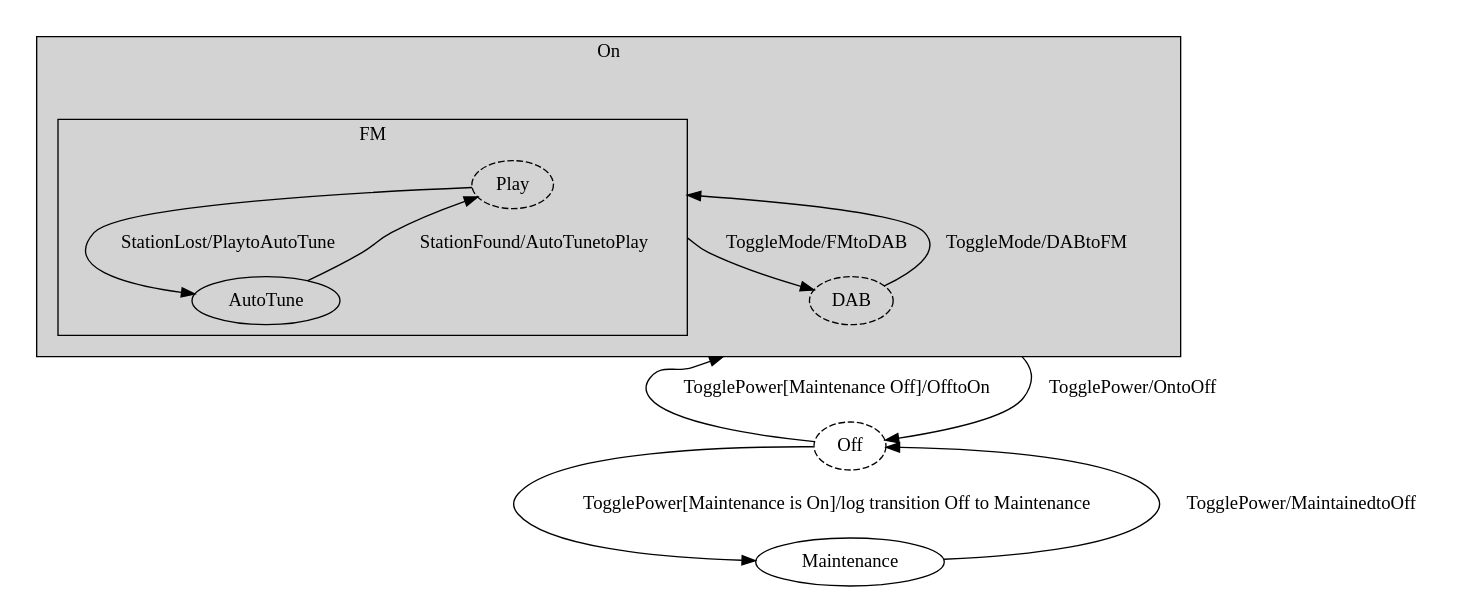
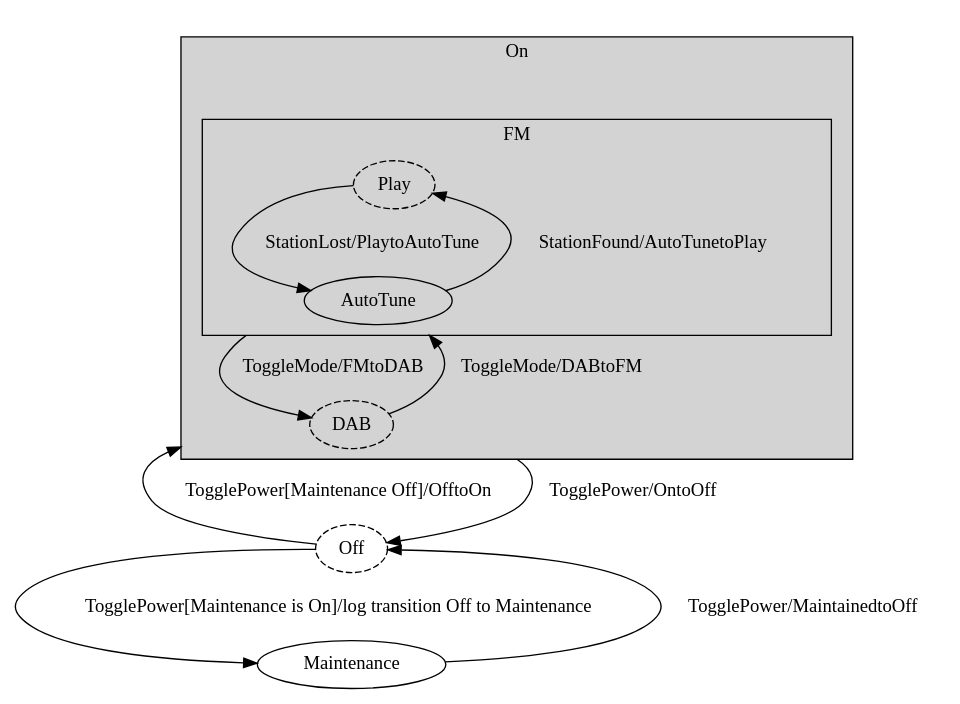
Before and after one commit to tangly-team/tangly-os: the diagram in net.tangly.fsm/src/site/pics/fsm-bbv.dot, drawn with Graphviz. The commit also changed 7 other files, not shown here.

```diff
--- a/net.tangly.fsm/src/site/pics/fsm-bbv.dot
+++ b/net.tangly.fsm/src/site/pics/fsm-bbv.dot
@@ -1,31 +1,31 @@
 digraph G {
   compound=true;
 
   Off [style="dashed"];
   Maintenance [];
   subgraph cluster1003 {
     style=invis;
     subgraph cluster3 {
       style="visible, filled";
       label = "On"
       subgraph cluster1004 {
         style=invis;
         subgraph cluster4 {
           style="visible, filled";
           label = "FM"
           Play [style="dashed, filled"];
           AutoTune [];
         }
       }
       DAB [style="dashed"];
     }
   }
   Off -> Maintenance [label="TogglePower[Maintenance is On]/log transition Off to Maintenance"];
   Off -> DAB [lhead=cluster3, label="TogglePower[Maintenance Off]/OfftoOn"];
   Maintenance -> Off [label="TogglePower/MaintainedtoOff"];
   DAB -> Off [ltail=cluster3, label="TogglePower/OntoOff"];
-  Play -> DAB [ltail=cluster4, label="ToggleMode/FMtoDAB"];
+  AutoTune -> DAB [ltail=cluster4, label="ToggleMode/FMtoDAB"];
   Play -> AutoTune [label="StationLost/PlaytoAutoTune"];
   AutoTune -> Play [label="StationFound/AutoTunetoPlay"];
-  DAB -> Play [lhead=cluster4, label="ToggleMode/DABtoFM"];
+  DAB -> AutoTune [lhead=cluster4, label="ToggleMode/DABtoFM"];
 }
```
